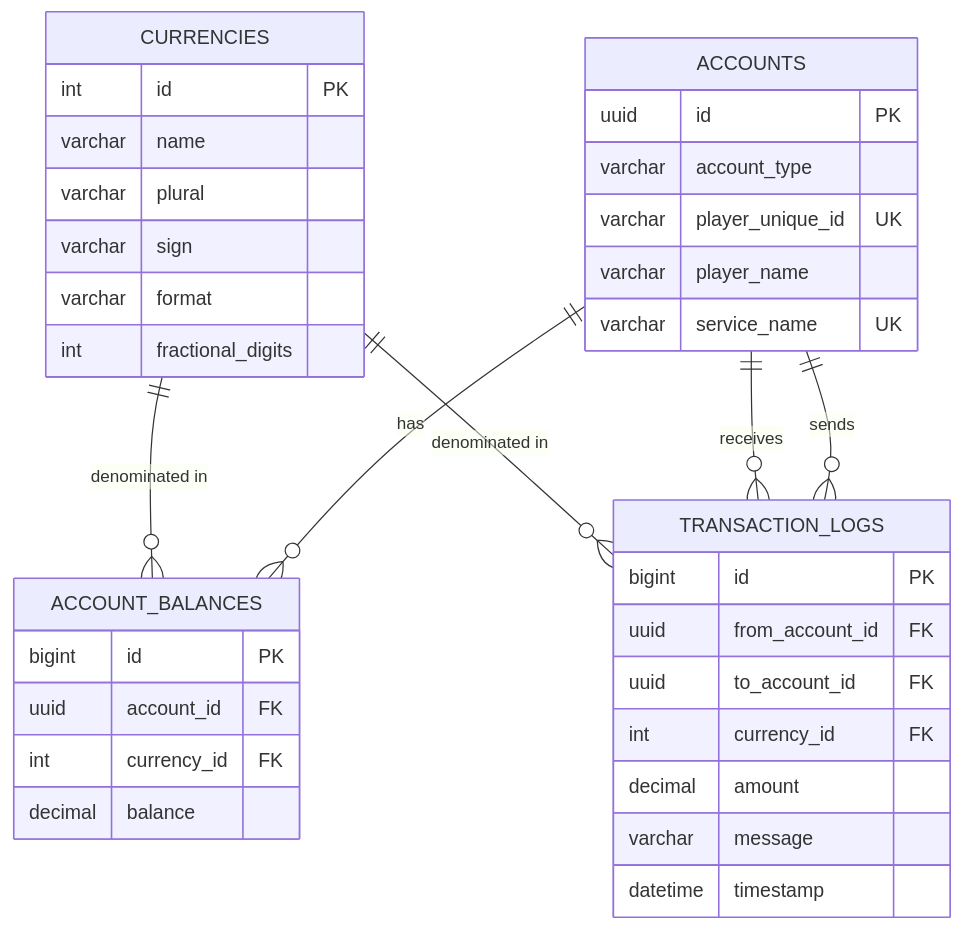
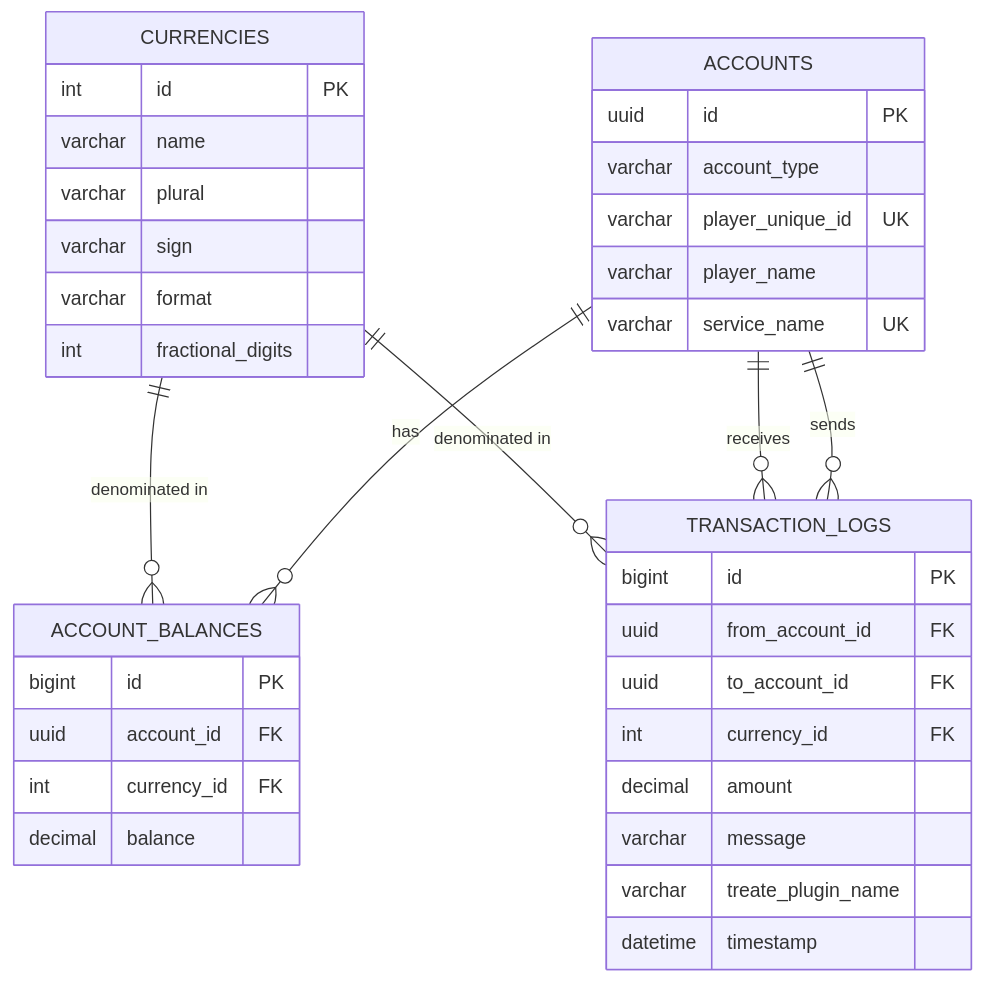
One commit to morinoparty/Kerria changed the diagram in docs/content/docs/format/database.mdx. Above: the diagram before and after it, drawn with Mermaid. The commit also changed other lines of this file and 17 other files, not shown here.

First line of the commit message:
✨ Expand AccountType enum and add treate_plugin_name to transaction logs

````diff
--- a/docs/content/docs/format/database.mdx
+++ b/docs/content/docs/format/database.mdx
@@ -218,42 +224,43 @@
 ```mermaid
 erDiagram
     ACCOUNTS {
         uuid id PK
         varchar account_type
         varchar player_unique_id UK
         varchar player_name
         varchar service_name UK
     }
 
     ACCOUNT_BALANCES {
         bigint id PK
         uuid account_id FK
         int currency_id FK
         decimal balance
     }
 
     CURRENCIES {
         int id PK
         varchar name
         varchar plural
         varchar sign
         varchar format
         int fractional_digits
     }
 
     TRANSACTION_LOGS {
         bigint id PK
         uuid from_account_id FK
         uuid to_account_id FK
         int currency_id FK
         decimal amount
         varchar message
+        varchar treate_plugin_name
         datetime timestamp
     }
 
     ACCOUNTS ||--o{ ACCOUNT_BALANCES : "has"
     CURRENCIES ||--o{ ACCOUNT_BALANCES : "denominated in"
     ACCOUNTS ||--o{ TRANSACTION_LOGS : "sends"
     ACCOUNTS ||--o{ TRANSACTION_LOGS : "receives"
     CURRENCIES ||--o{ TRANSACTION_LOGS : "denominated in"
 ```
````
